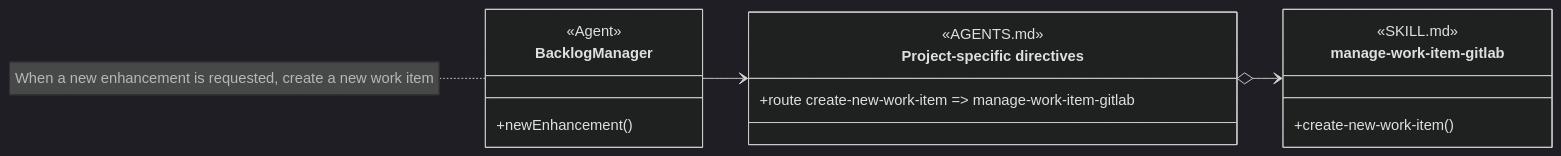
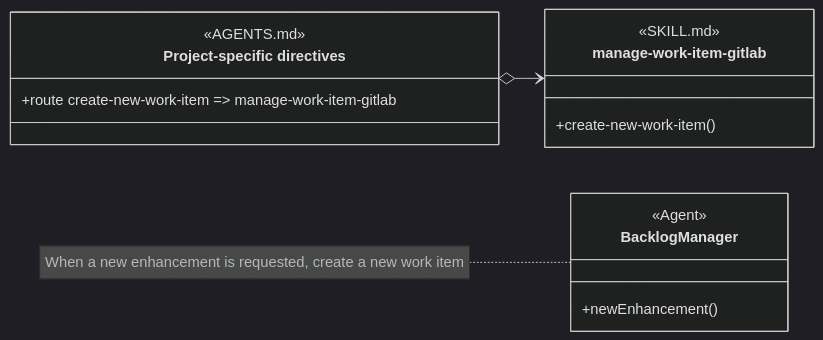
Before and after one commit to martinbechard/dev-methodology: the fifth of 16 diagrams in design/object-oriented-agent-and-skill-model.md, drawn with Mermaid (dark theme). The commit also changed other lines of this file and 8 other files, not shown here.

````diff
--- a/design/object-oriented-agent-and-skill-model.md
+++ b/design/object-oriented-agent-and-skill-model.md
@@ -187,26 +201,25 @@
 ```mermaid
 classDiagram
     direction LR
 
     class BacklogManager {
         <<Agent>>
         +newEnhancement()
     }
 
     class project-specific-directives["Project-specific directives"] {
         <<AGENTS.md>>
         <<routing>>
         +route create-new-work-item => manage-work-item-gitlab
     }
 
     class manage-work-item-gitlab {
         <<SKILL.md>>
         <<Injectable Skill>>
         +create-new-work-item()
     }
 
-    BacklogManager --> project-specific-directives
     project-specific-directives o--> manage-work-item-gitlab
 
     note for BacklogManager "When a new enhancement is requested, create a new work item"
 ```
````
